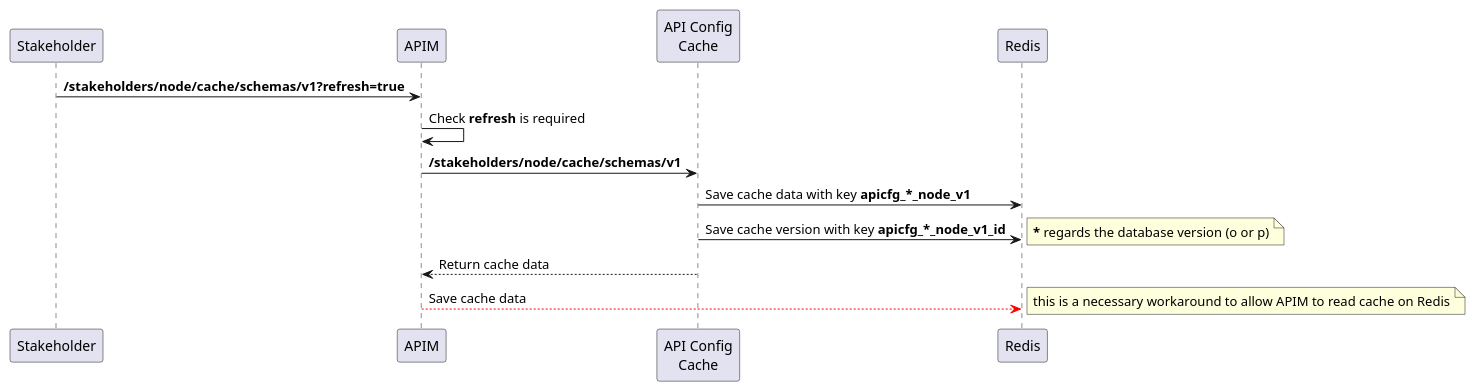
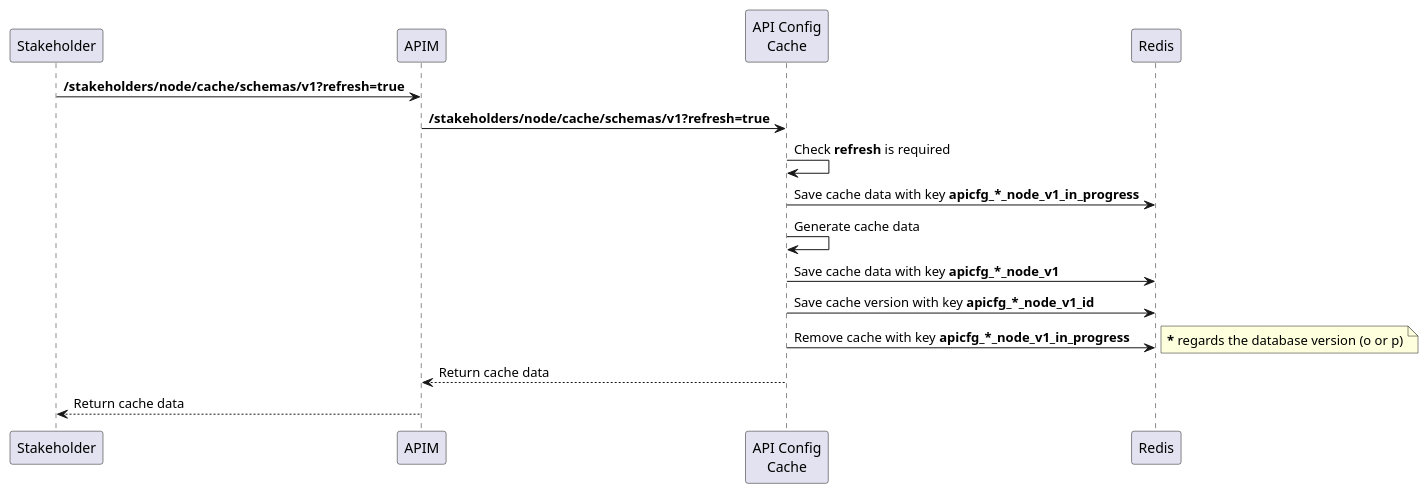
One commit to pagopa/pagopa-api-config-cache changed the diagram in docs/node/scenario_05.puml. Above: the diagram before and after it, drawn with PlantUML. The commit also changed 2 other files, not shown here.

```diff
--- a/docs/node/scenario_05.puml
+++ b/docs/node/scenario_05.puml
@@ -5,15 +5,18 @@
 @startuml
+participant Stakeholder
+participant APIM
+participant "API Config\nCache" as Cache
 Stakeholder -> APIM: <b>/stakeholders/node/cache/schemas/v1?refresh=true</b>
-APIM -> APIM: Check <b>refresh</b> is required
-APIM -> "API Config\nCache": <b>/stakeholders/node/cache/schemas/v1
-"API Config\nCache" -> Redis: Save cache data with key <b>apicfg_*_node_v1</b>
-"API Config\nCache" -> Redis: Save cache version with key <b>apicfg_*_node_v1_id</b>
+APIM -> Cache: <b>/stakeholders/node/cache/schemas/v1?refresh=true</b>
+Cache -> Cache: Check <b>refresh</b> is required
+Cache -> Redis: Save cache data with key <b>apicfg_*_node_v1_in_progress</b>
+Cache -> Cache: Generate cache data
+Cache -> Redis: Save cache data with key <b>apicfg_*_node_v1</b>
+Cache -> Redis: Save cache version with key <b>apicfg_*_node_v1_id</b>
+Cache -> Redis: Remove cache with key <b>apicfg_*_node_v1_in_progress</b>
 note right
   <b>*</b> regards the database version (o or p)
 end note
-"API Config\nCache" --> APIM: Return cache data
-APIM [#ff0000]--> Redis: Save cache data
-note right
-  this is a necessary workaround to allow APIM to read cache on Redis
-end note
+Cache --> APIM: Return cache data
+APIM --> Stakeholder: Return cache data
 @enduml
```
